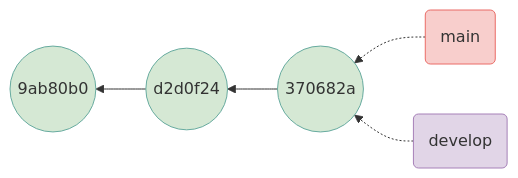
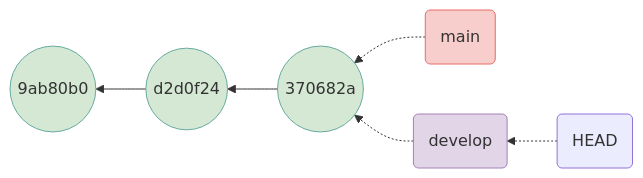
Before and after one commit to iobis/sg-12-training: the fifth of 9 diagrams in git.md, drawn with Mermaid. The commit also changed other lines of this file and 1 other file, not shown here.

````diff
--- a/git.md
+++ b/git.md
@@ -169,15 +217,16 @@
 ```mermaid
 flowchart RL
     1((9ab80b0))
     2((d2d0f24))
     3((370682a))
     2 --> 1
     3 --> 2
     main(main) -.-> 3
     develop(develop) -.-> 3
+    head(HEAD) -.-> develop
     style 1 fill:#D5E8D4,stroke:#67AB9F,stroke-width:1px
     style 2 fill:#D5E8D4,stroke:#67AB9F,stroke-width:1px
     style 3 fill:#D5E8D4,stroke:#67AB9F,stroke-width:1px
     style main fill:#F8CECC,stroke:#EA6B66,stroke-width:1px
     style develop fill:#E1D5E7,stroke:#A680B8,stroke-width:1px
 ```
````
